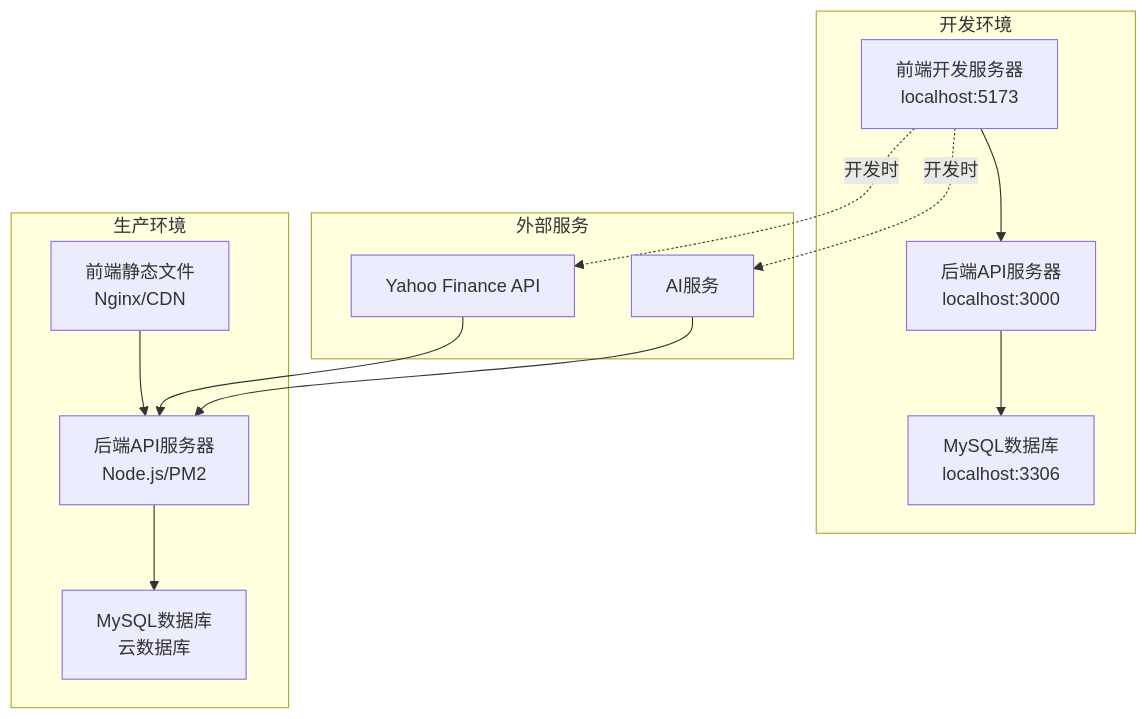
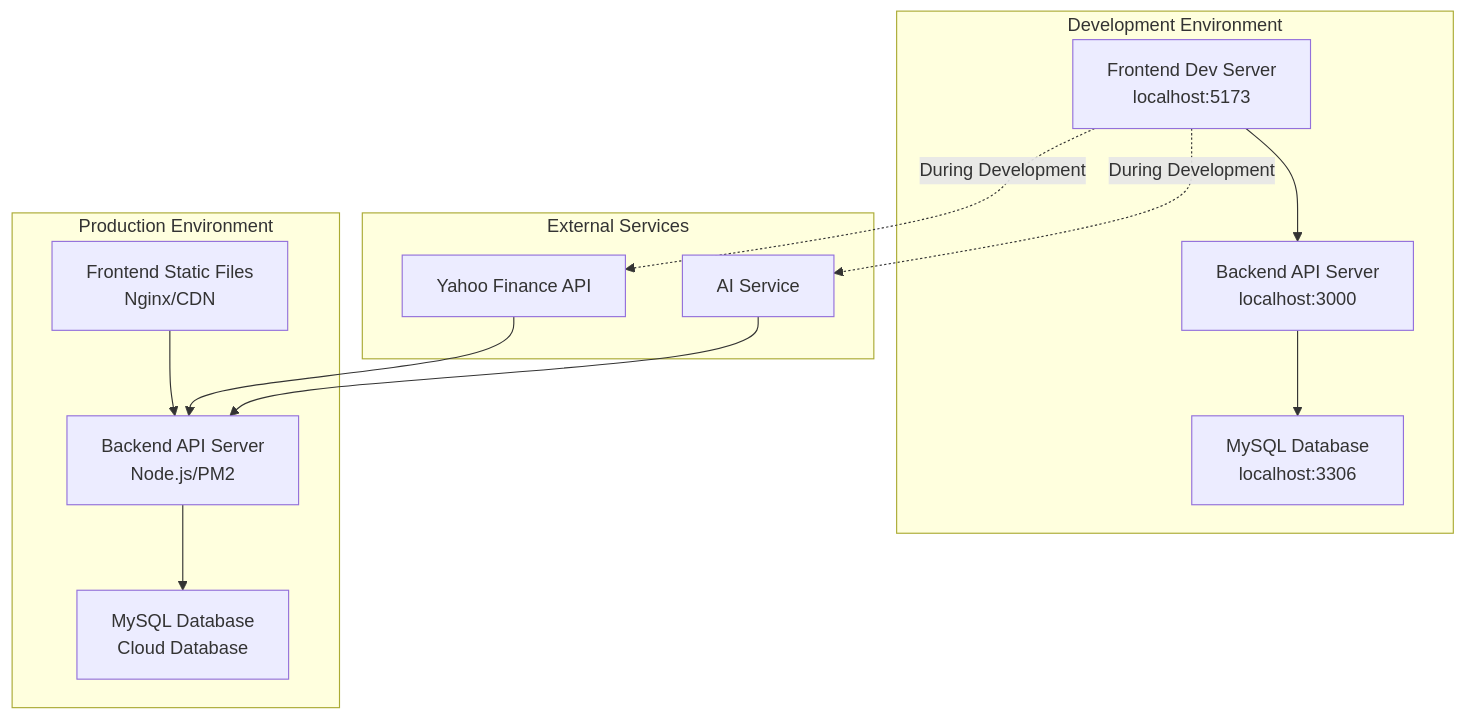
One commit to CDKStudy/Portfolio_Manager changed the fifth of 5 diagrams in backend/architecture.md. Above: the diagram before and after it, drawn with Mermaid. The commit also changed other lines of this file, not shown here.

````diff
--- a/backend/architecture.md
+++ b/backend/architecture.md
@@ -194,20 +194,20 @@
 ```mermaid
 graph TB
-    subgraph "开发环境"
-        A[前端开发服务器<br/>localhost:5173] --> B[后端API服务器<br/>localhost:3000]
-        B --> C[MySQL数据库<br/>localhost:3306]
+    subgraph "Development Environment"
+        A[Frontend Dev Server<br/>localhost:5173] --> B[Backend API Server<br/>localhost:3000]
+        B --> C[MySQL Database<br/>localhost:3306]
     end
 
-    subgraph "生产环境"
-        D[前端静态文件<br/>Nginx/CDN] --> E[后端API服务器<br/>Node.js/PM2]
-        E --> F[MySQL数据库<br/>云数据库]
+    subgraph "Production Environment"
+        D[Frontend Static Files<br/>Nginx/CDN] --> E[Backend API Server<br/>Node.js/PM2]
+        E --> F[MySQL Database<br/>Cloud Database]
     end
 
-    subgraph "外部服务"
+    subgraph "External Services"
         G[Yahoo Finance API] --> E
-        H[AI服务] --> E
+        H[AI Service] --> E
     end
 
-    A -.->|开发时| G
-    A -.->|开发时| H
+    A -.->|During Development| G
+    A -.->|During Development| H
 ```
````
